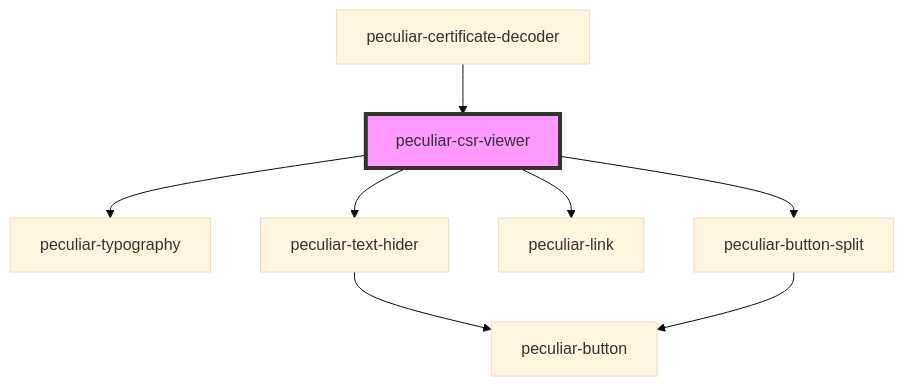
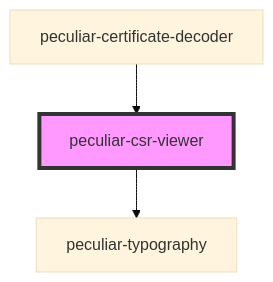
The diagram in packages/webcomponents/src/components/csr-viewer/readme.md (PeculiarVentures/pv-certificates-viewer), drawn with Mermaid (base theme) before and after one commit. The commit also changed other lines of this file and 76 other files, not shown here.

````diff
--- a/packages/webcomponents/src/components/csr-viewer/readme.md
+++ b/packages/webcomponents/src/components/csr-viewer/readme.md
@@ -33,11 +30,6 @@
 ```mermaid
 graph TD;
   peculiar-csr-viewer --> peculiar-typography
-  peculiar-csr-viewer --> peculiar-text-hider
-  peculiar-csr-viewer --> peculiar-link
-  peculiar-csr-viewer --> peculiar-button-split
-  peculiar-text-hider --> peculiar-button
-  peculiar-button-split --> peculiar-button
   peculiar-certificate-decoder --> peculiar-csr-viewer
   style peculiar-csr-viewer fill:#f9f,stroke:#333,stroke-width:4px
 ```
````
